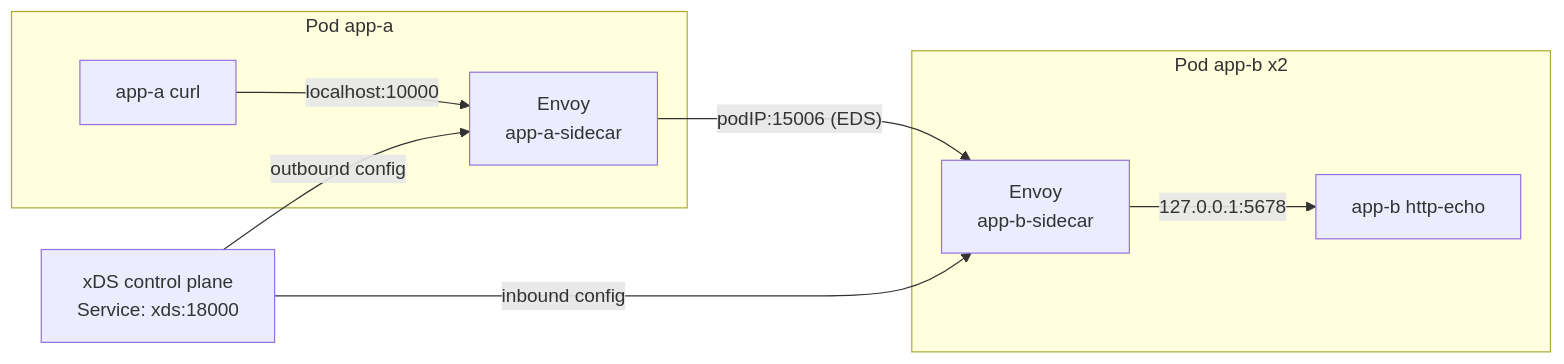
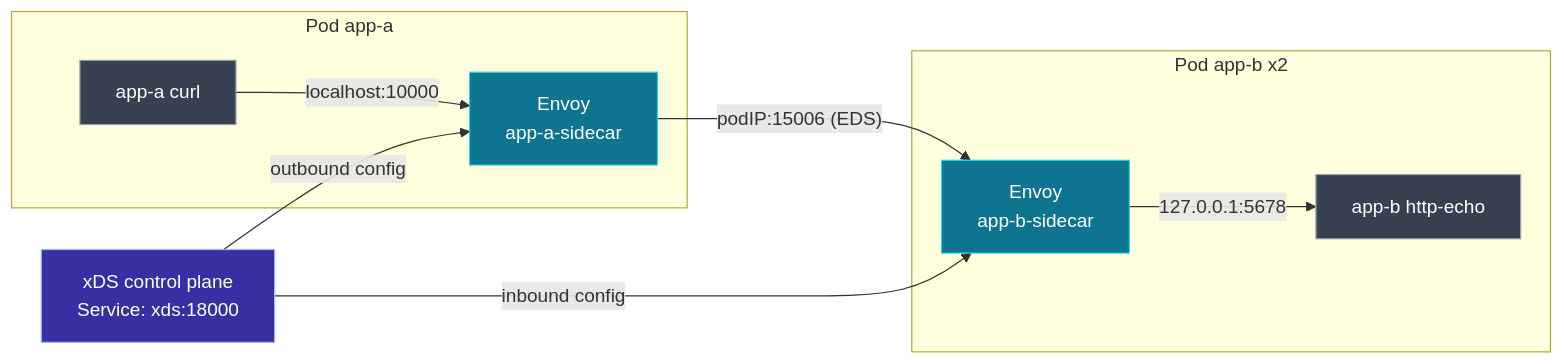
The diagram in labs/03-pod-to-pod-kind/README.md (0-draft/envoy-xds-deep-dive), drawn with Mermaid before and after one commit. The commit also changed 27 other files, not shown here.

First line of the commit message:
docs: semantic color, distinct shapes, and a11y metadata for all mermaid diagrams

````diff
--- a/labs/03-pod-to-pod-kind/README.md
+++ b/labs/03-pod-to-pod-kind/README.md
@@ -25,13 +25,21 @@
 ```mermaid
 flowchart LR
+    accTitle: Lab 03 pod-to-pod topology on kind
+    accDescr: The xDS control plane (Service xds:18000) configures both sidecars. In pod app-a, the app calls localhost:10000 on its app-a sidecar, which sends to the app-b sidecar at podIP:15006 via EDS, which forwards to app-b http-echo on 127.0.0.1:5678.
     xds[xDS control plane<br/>Service: xds:18000]
     subgraph pa[Pod app-a]
         a[app-a curl] -- localhost:10000 --> ea[Envoy<br/>app-a-sidecar]
     end
     subgraph pb[Pod app-b x2]
         eb[Envoy<br/>app-b-sidecar] -- 127.0.0.1:5678 --> b[app-b http-echo]
     end
     ea -- "podIP:15006 (EDS)" --> eb
     xds -- outbound config --> ea
     xds -- inbound config --> eb
+    class xds cp
+    class ea,eb envoy
+    class a,b ext
+    classDef cp fill:#3730a3,stroke:#a5b4fc,color:#fff
+    classDef envoy fill:#0e7490,stroke:#22d3ee,color:#fff
+    classDef ext fill:#374151,stroke:#9ca3af,color:#fff
 ```
````
